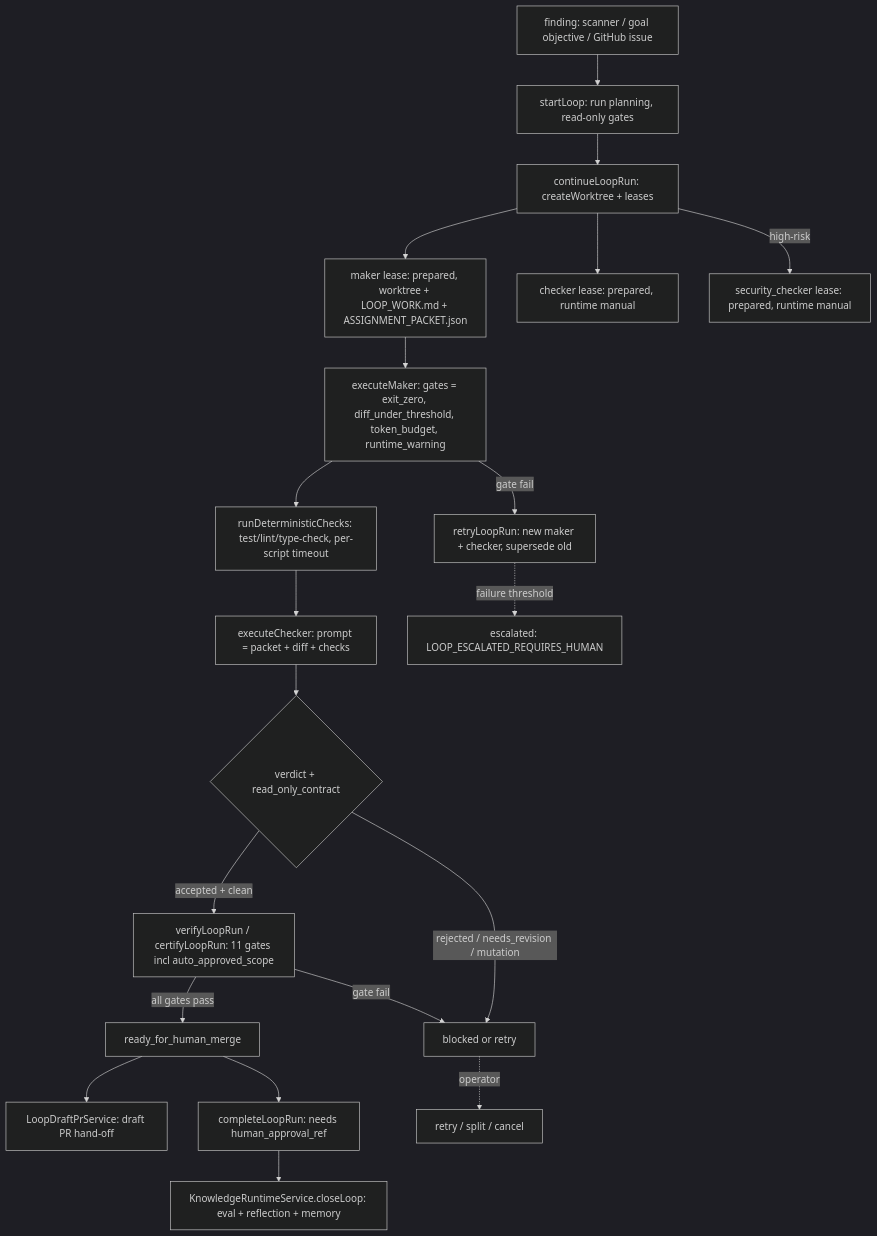
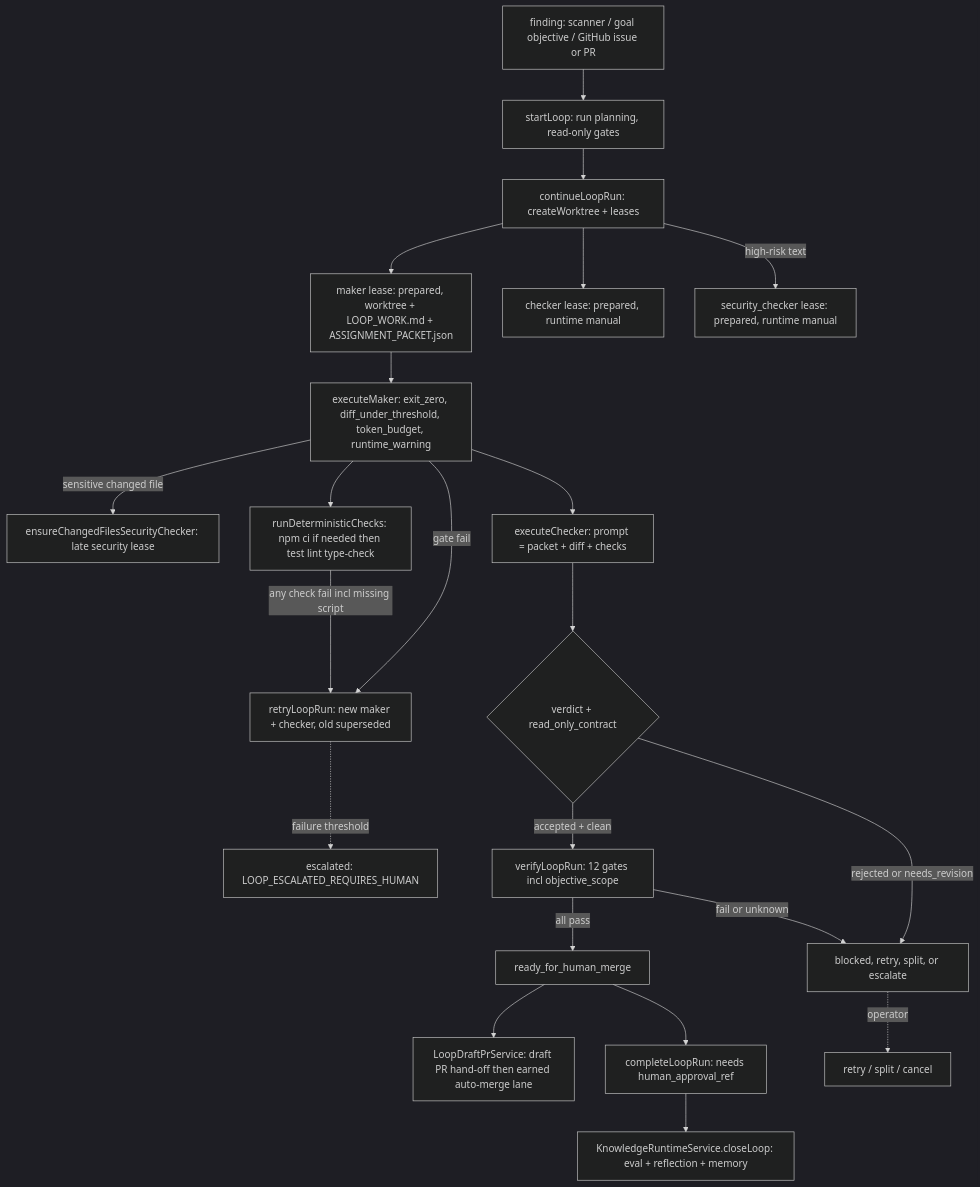
Before and after one commit to djimit/djimitflo: the diagram in openwiki/workflows/maker-checker-loop.md, drawn with Mermaid (dark theme). The commit also changed other lines of this file and 45 other files, not shown here.

````diff
--- a/openwiki/workflows/maker-checker-loop.md
+++ b/openwiki/workflows/maker-checker-loop.md
@@ -126,22 +140,24 @@
 ```mermaid
 flowchart TD
-  src["finding: scanner / goal objective / GitHub issue"] --> start["startLoop: run planning, read-only gates"]
+  src["finding: scanner / goal objective / GitHub issue or PR"] --> start["startLoop: run planning, read-only gates"]
   start --> cont["continueLoopRun: createWorktree + leases"]
   cont --> makerlease["maker lease: prepared, worktree + LOOP_WORK.md + ASSIGNMENT_PACKET.json"]
   cont --> checkerlease["checker lease: prepared, runtime manual"]
-  cont -->|"high-risk"| seclease["security_checker lease: prepared, runtime manual"]
-  makerlease --> execmaker["executeMaker: gates = exit_zero, diff_under_threshold, token_budget, runtime_warning"]
-  execmaker --> checks["runDeterministicChecks: test/lint/type-check, per-script timeout"]
-  execmaker -->|"gate fail"| makerretry["retryLoopRun: new maker + checker, supersede old"]
-  checks --> execchecker["executeChecker: prompt = packet + diff + checks"]
+  cont -->|"high-risk text"| seclease["security_checker lease: prepared, runtime manual"]
+  makerlease --> execmaker["executeMaker: exit_zero, diff_under_threshold, token_budget, runtime_warning"]
+  execmaker -->|"sensitive changed file"| seclate["ensureChangedFilesSecurityChecker: late security lease"]
+  execmaker --> checks["runDeterministicChecks: npm ci if needed then test lint type-check"]
+  execmaker -->|"gate fail"| makerretry["retryLoopRun: new maker + checker, old superseded"]
+  checks -->|"any check fail incl missing script"| makerretry
+  execmaker --> execchecker["executeChecker: prompt = packet + diff + checks"]
   execchecker --> verdict{"verdict + read_only_contract"}
-  verdict -->|"accepted + clean"| verify["verifyLoopRun / certifyLoopRun: 11 gates incl auto_approved_scope"]
-  verdict -->|"rejected / needs_revision / mutation"| blocked["blocked or retry"]
-  verify -->|"all gates pass"| ready["ready_for_human_merge"]
-  verify -->|"gate fail"| blocked
-  ready --> draftpr["LoopDraftPrService: draft PR hand-off"]
+  verdict -->|"accepted + clean"| verify["verifyLoopRun: 12 gates incl objective_scope"]
+  verdict -->|"rejected or needs_revision"| blocked["blocked, retry, split, or escalate"]
+  verify -->|"all pass"| ready["ready_for_human_merge"]
+  verify -->|"fail or unknown"| blocked
+  ready --> draftpr["LoopDraftPrService: draft PR hand-off then earned auto-merge lane"]
   ready --> complete["completeLoopRun: needs human_approval_ref"]
   complete --> close["KnowledgeRuntimeService.closeLoop: eval + reflection + memory"]
   makerretry -.->|"failure threshold"| escalated["escalated: LOOP_ESCALATED_REQUIRES_HUMAN"]
   blocked -.->|"operator"| retry["retry / split / cancel"]
 ```
````
